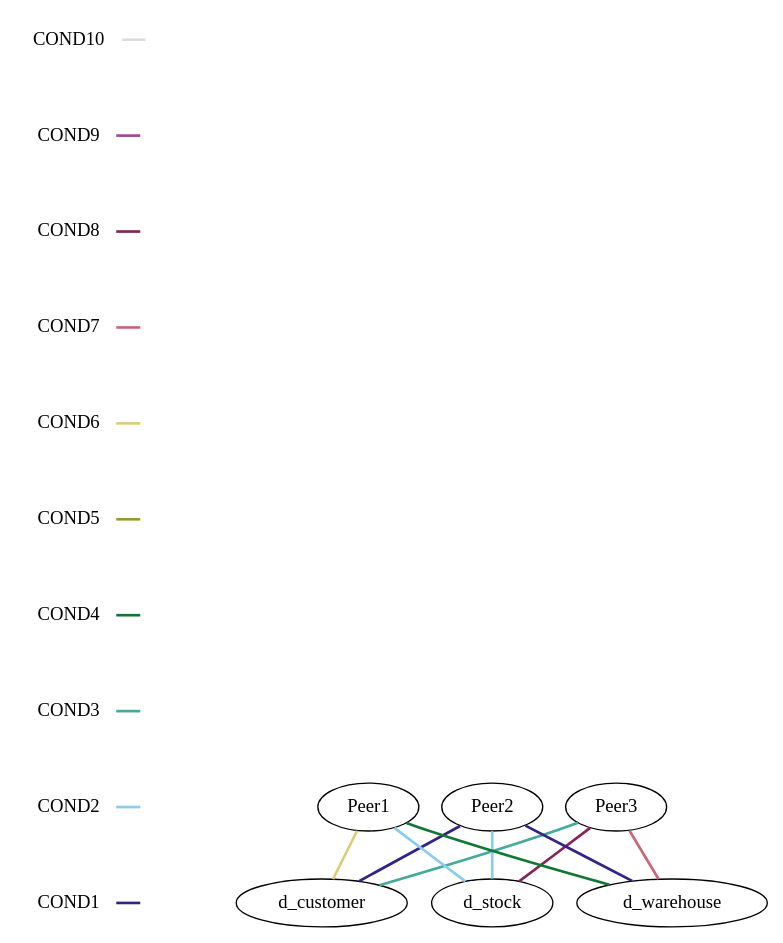
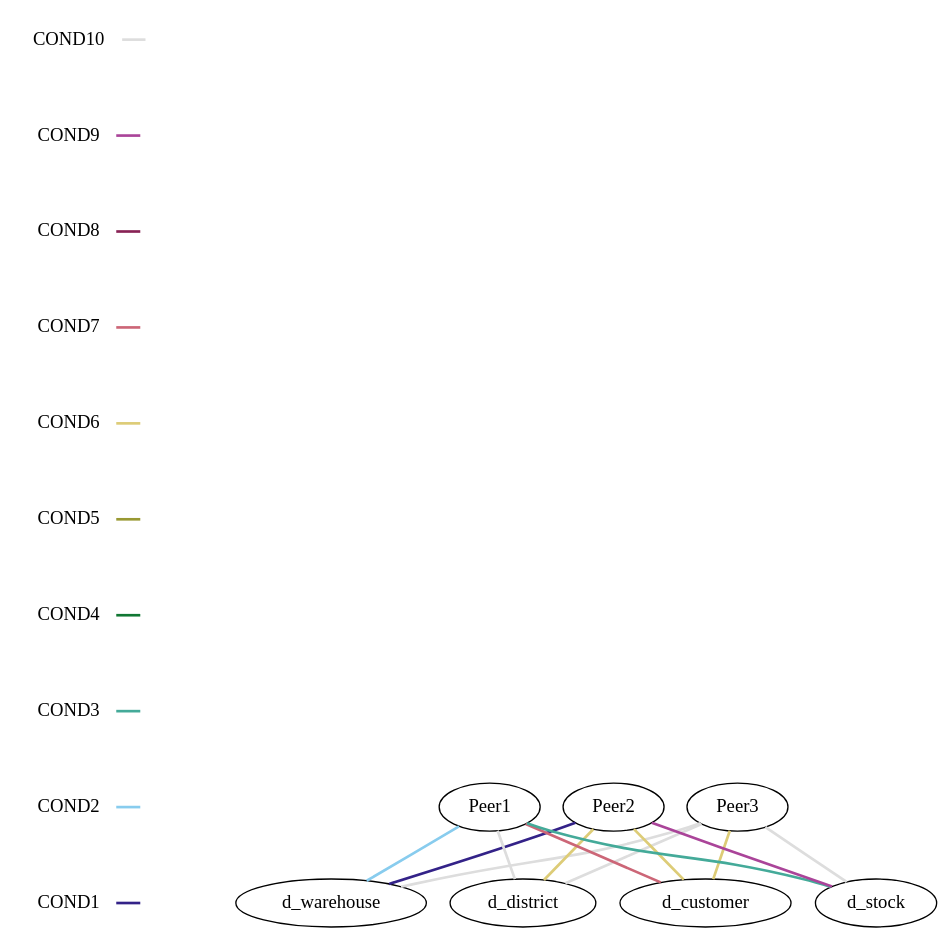
The diagram in dejima_gRPC2/env_generator/TPCC_N3/src.dot (u109755b/docker-test), drawn with Graphviz before and after one commit. The commit also changed 138 other files, not shown here.

```diff
--- a/dejima_gRPC2/env_generator/TPCC_N3/src.dot
+++ b/dejima_gRPC2/env_generator/TPCC_N3/src.dot
@@ -1,89 +1,93 @@
 graph {
 	graph [rankdir=BT]
 	{
 		{
 			rank=same rankdir=LR
 			cond1 [label=COND1 shape=plaintext]
 			ph_cond1 [label="" shape=plaintext]
 			cond1 -- ph_cond1 [color="#332288" style=bold]
 		}
 		{
 			rank=same rankdir=LR
 			cond2 [label=COND2 shape=plaintext]
 			ph_cond2 [label="" shape=plaintext]
 			cond2 -- ph_cond2 [color="#88CCEE" style=bold]
 		}
 		{
 			rank=same rankdir=LR
 			cond3 [label=COND3 shape=plaintext]
 			ph_cond3 [label="" shape=plaintext]
 			cond3 -- ph_cond3 [color="#44AA99" style=bold]
 		}
 		{
 			rank=same rankdir=LR
 			cond4 [label=COND4 shape=plaintext]
 			ph_cond4 [label="" shape=plaintext]
 			cond4 -- ph_cond4 [color="#117733" style=bold]
 		}
 		{
 			rank=same rankdir=LR
 			cond5 [label=COND5 shape=plaintext]
 			ph_cond5 [label="" shape=plaintext]
 			cond5 -- ph_cond5 [color="#999933" style=bold]
 		}
 		{
 			rank=same rankdir=LR
 			cond6 [label=COND6 shape=plaintext]
 			ph_cond6 [label="" shape=plaintext]
 			cond6 -- ph_cond6 [color="#DDCC77" style=bold]
 		}
 		{
 			rank=same rankdir=LR
 			cond7 [label=COND7 shape=plaintext]
 			ph_cond7 [label="" shape=plaintext]
 			cond7 -- ph_cond7 [color="#CC6677" style=bold]
 		}
 		{
 			rank=same rankdir=LR
 			cond8 [label=COND8 shape=plaintext]
 			ph_cond8 [label="" shape=plaintext]
 			cond8 -- ph_cond8 [color="#882255" style=bold]
 		}
 		{
 			rank=same rankdir=LR
 			cond9 [label=COND9 shape=plaintext]
 			ph_cond9 [label="" shape=plaintext]
 			cond9 -- ph_cond9 [color="#AA4499" style=bold]
 		}
 		{
 			rank=same rankdir=LR
 			cond10 [label=COND10 shape=plaintext]
 			ph_cond10 [label="" shape=plaintext]
 			cond10 -- ph_cond10 [color="#DDDDDD" style=bold]
 		}
 		cond1 -- cond2 [style=invis]
 		cond2 -- cond3 [style=invis]
 		cond3 -- cond4 [style=invis]
 		cond4 -- cond5 [style=invis]
 		cond5 -- cond6 [style=invis]
 		cond6 -- cond7 [style=invis]
 		cond7 -- cond8 [style=invis]
 		cond8 -- cond9 [style=invis]
 		cond9 -- cond10 [style=invis]
 	}
 	Peer1
 	Peer2
 	Peer3
+	d_warehouse
+	d_warehouse -- Peer1 [color="#88CCEE" style=bold]
+	d_warehouse -- Peer2 [color="#332288" style=bold]
+	d_warehouse -- Peer3 [color="#DDDDDD" style=bold]
+	d_district
+	d_district -- Peer1 [color="#DDDDDD" style=bold]
+	d_district -- Peer2 [color="#DDCC77" style=bold]
+	d_district -- Peer3 [color="#DDDDDD" style=bold]
 	d_customer
-	d_customer -- Peer1 [color="#DDCC77" style=bold]
-	d_customer -- Peer2 [color="#332288" style=bold]
-	d_customer -- Peer3 [color="#44AA99" style=bold]
+	d_customer -- Peer1 [color="#CC6677" style=bold]
+	d_customer -- Peer2 [color="#DDCC77" style=bold]
+	d_customer -- Peer3 [color="#DDCC77" style=bold]
 	d_stock
-	d_stock -- Peer1 [color="#88CCEE" style=bold]
-	d_stock -- Peer2 [color="#88CCEE" style=bold]
-	d_stock -- Peer3 [color="#882255" style=bold]
-	d_warehouse
-	d_warehouse -- Peer1 [color="#117733" style=bold]
-	d_warehouse -- Peer2 [color="#332288" style=bold]
-	d_warehouse -- Peer3 [color="#CC6677" style=bold]
+	d_stock -- Peer1 [color="#44AA99" style=bold]
+	d_stock -- Peer2 [color="#AA4499" style=bold]
+	d_stock -- Peer3 [color="#DDDDDD" style=bold]
 }
```
